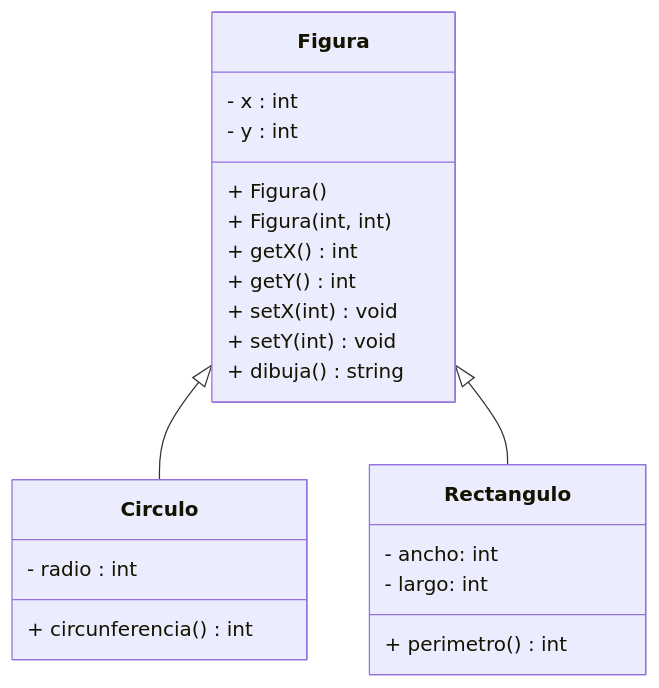
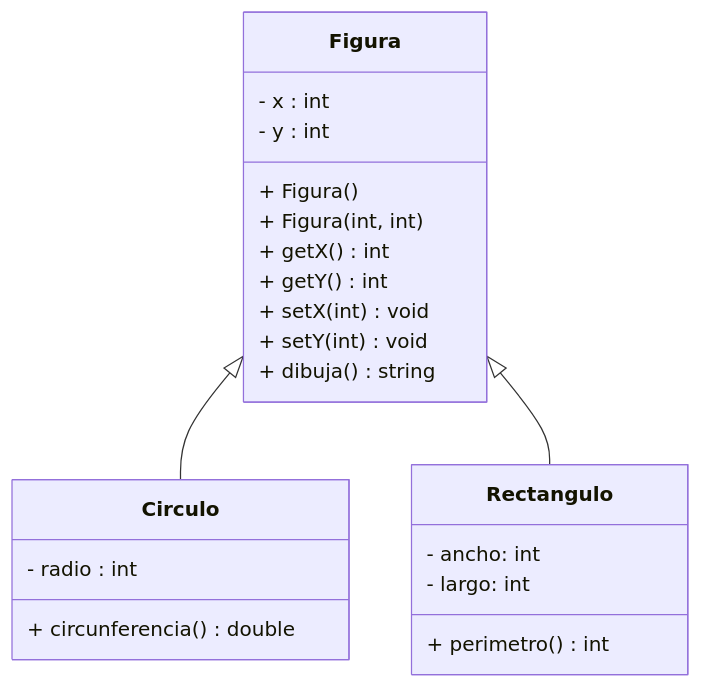
One commit to GDA-TC1030-315-2311-1591/Figuras changed the diagram in assignments/Figuras/README.md. Above: the diagram before and after it, drawn with Mermaid.

````diff
--- a/assignments/Figuras/README.md
+++ b/assignments/Figuras/README.md
@@ -18,27 +18,27 @@
 ```mermaid
 classDiagram
     Figura <|-- Circulo
     Figura <|-- Rectangulo
       class Figura {
         - x : int
         - y : int
       }
       Figura: + Figura()
       Figura: + Figura(int, int)
       Figura: + getX() int
       Figura: + getY() int
       Figura: + setX(int) void
       Figura: + setY(int) void
       Figura: + dibuja() string
     
     class Circulo {
         - radio : int
       }
-        Circulo: + circunferencia() int
+        Circulo: + circunferencia() double
     
     class Rectangulo {
         - ancho: int
         - largo: int
       }
         Rectangulo: + perimetro() int
 ```
````
